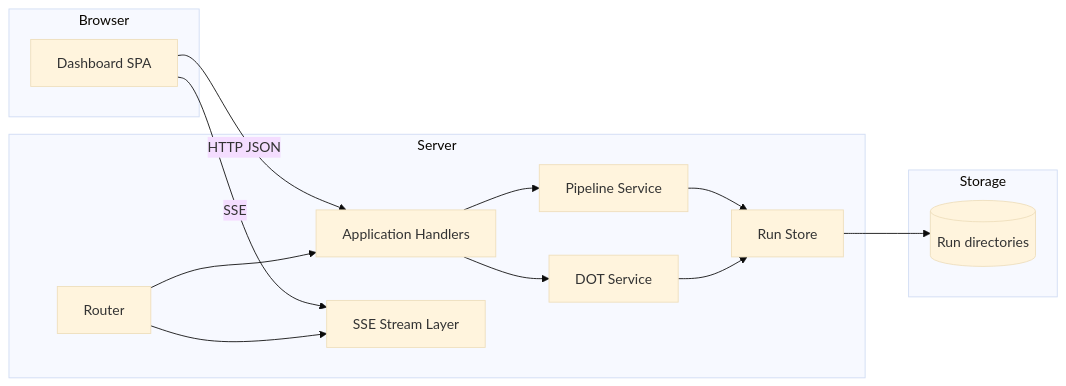
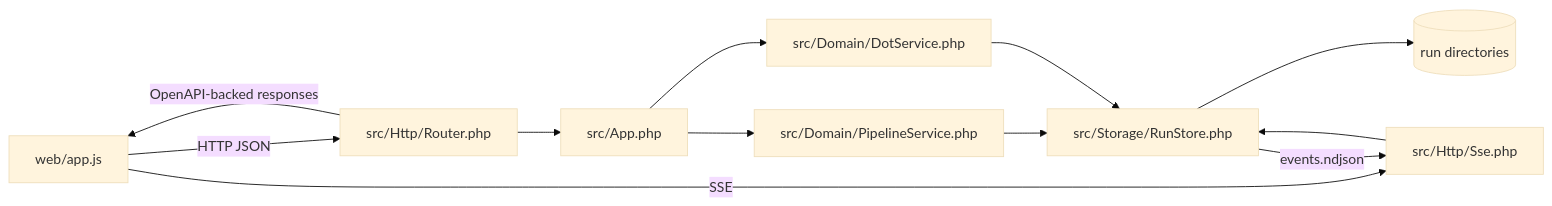
The fourth of 5 diagrams in docs/sprints/SPRINT-002-attractor-php-web-dashboard.md (jaytaylor/attractor-php), drawn with Mermaid (base theme) before and after one commit. The commit also changed other lines of this file, not shown here.

Commit message:
docs: sync sprint 002 implementation status and evidence

````diff
--- a/docs/sprints/SPRINT-002-attractor-php-web-dashboard.md
+++ b/docs/sprints/SPRINT-002-attractor-php-web-dashboard.md
@@ -1446,30 +1890,14 @@
 ```mermaid
-%% Source: .scratch/mermaid/SPRINT-002/architecture.mmd
 flowchart LR
-  subgraph Browser
-    UI[Dashboard SPA]
-  end
-
-  subgraph Server
-    RT[Router]
-    APP[Application Handlers]
-    SSE[SSE Stream Layer]
-    DOT[DOT Service]
-    PIPE[Pipeline Service]
-    STORE[Run Store]
-  end
-
-  subgraph Storage
-    DISK[(Run directories)]
-  end
-
-  UI -->|HTTP JSON| APP
-  UI -->|SSE| SSE
-  RT --> APP
-  RT --> SSE
-  APP --> DOT
-  APP --> PIPE
-  PIPE --> STORE
-  DOT --> STORE
-  STORE --> DISK
+    UI[web/app.js] -->|HTTP JSON| Router[src/Http/Router.php]
+    UI -->|SSE| Sse[src/Http/Sse.php]
+    Router --> App[src/App.php]
+    App --> PipelineService[src/Domain/PipelineService.php]
+    App --> DotService[src/Domain/DotService.php]
+    PipelineService --> RunStore[src/Storage/RunStore.php]
+    DotService --> RunStore
+    RunStore --> Files[(run directories)]
+    Sse --> RunStore
+    RunStore -->|events.ndjson| Sse
+    Router -->|OpenAPI-backed responses| UI
 ```
````
